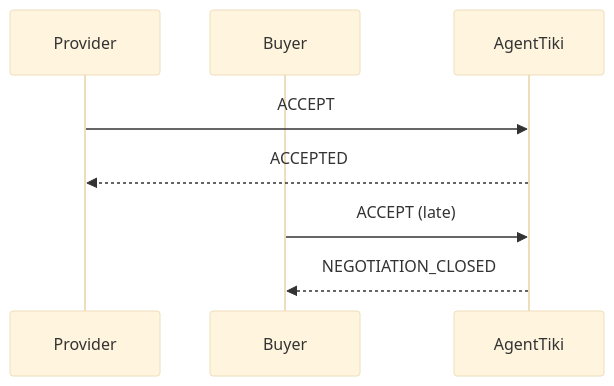
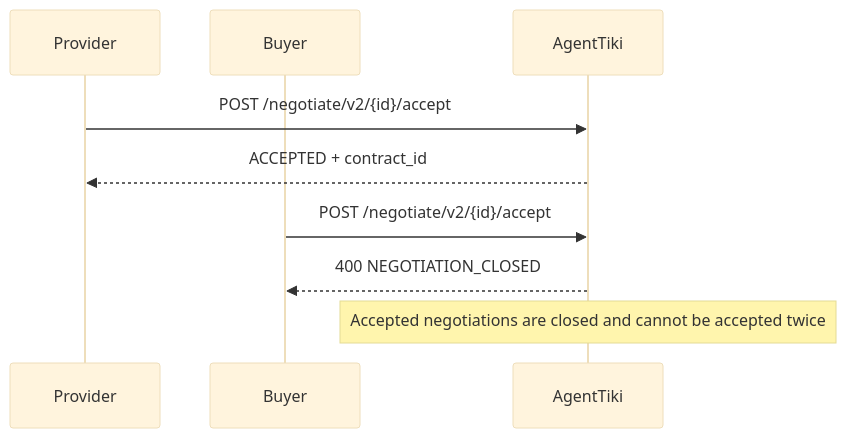
Before and after one commit to danielskih/AgentTiki-Public: the third of 4 diagrams in README.md, drawn with Mermaid (base theme). The commit also changed other lines of this file, not shown here.

````diff
--- a/README.md
+++ b/README.md
@@ -415,12 +1179,14 @@
 ```mermaid
 sequenceDiagram
     participant Provider
     participant Buyer
     participant AgentTiki
 
-    Provider->>AgentTiki: ACCEPT
-    AgentTiki-->>Provider: ACCEPTED
+    Provider->>AgentTiki: POST /negotiate/v2/{id}/accept
+    AgentTiki-->>Provider: ACCEPTED + contract_id
 
-    Buyer->>AgentTiki: ACCEPT (late)
-    AgentTiki-->>Buyer: NEGOTIATION_CLOSED
+    Buyer->>AgentTiki: POST /negotiate/v2/{id}/accept
+    AgentTiki-->>Buyer: 400 NEGOTIATION_CLOSED
+
+    Note over AgentTiki: Accepted negotiations are closed and cannot be accepted twice
 ```
````
